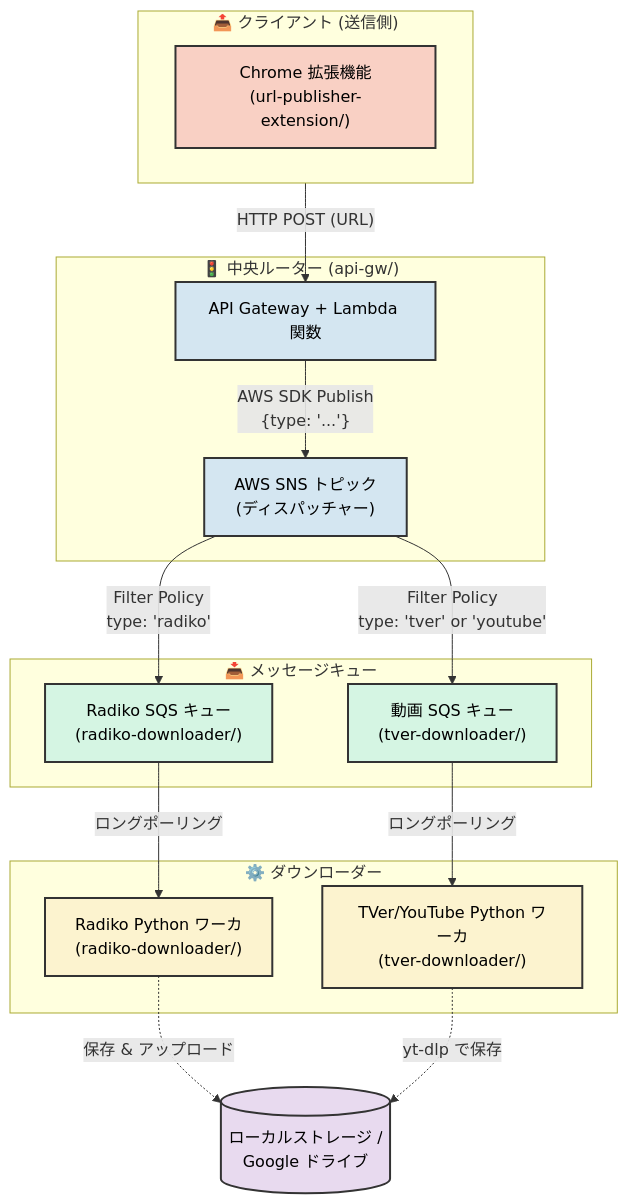
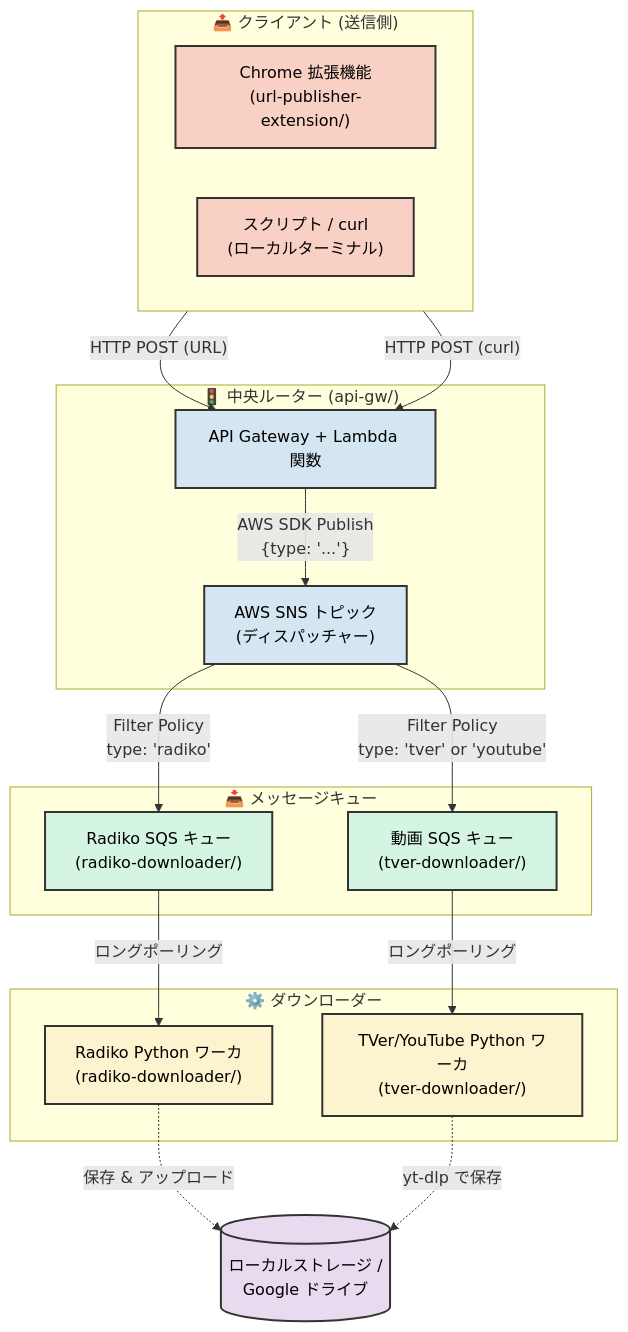
The diagram in README_ja.md (khirata/media-downloader), drawn with Mermaid before and after one commit. The commit also changed 1 other file, not shown here.

Commit message:
feat: add curl scripts as clients in system architecture diagrams

````diff
--- a/README_ja.md
+++ b/README_ja.md
@@ -10,46 +10,48 @@
 ```mermaid
 graph TD
     classDef client fill:#f9d0c4,stroke:#333,stroke-width:2px,color:#000;
     classDef router fill:#d4e6f1,stroke:#333,stroke-width:2px,color:#000;
     classDef queue fill:#d5f5e3,stroke:#333,stroke-width:2px,color:#000;
     classDef worker fill:#fcf3cf,stroke:#333,stroke-width:2px,color:#000;
     classDef storage fill:#e8daef,stroke:#333,stroke-width:2px,color:#000;
 
     subgraph Clients ["📤 クライアント (送信側)"]
         direction LR
         EXT["Chrome 拡張機能<br/>(url-publisher-extension/)"]:::client
+        CURL["スクリプト / curl<br/>(ローカルターミナル)"]:::client
     end
 
     subgraph Dispatcher ["🚦 中央ルーター (api-gw/)"]
         API["API Gateway + Lambda 関数"]:::router
         SNS["AWS SNS トピック<br/>(ディスパッチャー)"]:::router
     end
 
     subgraph Queues ["📥 メッセージキュー"]
         SQS_R["Radiko SQS キュー<br/>(radiko-downloader/)"]:::queue
         SQS_T["動画 SQS キュー<br/>(tver-downloader/)"]:::queue
     end
 
     subgraph Workers ["⚙️ ダウンローダー"]
         WORK_R["Radiko Python ワーカ<br/>(radiko-downloader/)"]:::worker
         WORK_T["TVer/YouTube Python ワーカ<br/>(tver-downloader/)"]:::worker
     end
     
     STORAGE[("ローカルストレージ /<br/>Google ドライブ")]:::storage
 
     %% Client flows
     EXT -->|"HTTP POST (URL)"| API
+    CURL -->|"HTTP POST (curl)"| API
     API -->|"AWS SDK Publish<br/>{type: '...'} "| SNS
 
     %% Dispatcher routing based on message attributes/body
     SNS -->|"Filter Policy<br/>type: 'radiko'"| SQS_R
     SNS -->|"Filter Policy<br/>type: 'tver' or 'youtube'"| SQS_T
 
     %% Worker polling
     SQS_R -->|"ロングポーリング"| WORK_R
     SQS_T -->|"ロングポーリング"| WORK_T
 
     %% Final output
     WORK_R -.->|"保存 & アップロード"| STORAGE
     WORK_T -.->|"yt-dlp で保存"| STORAGE
 ```
````
